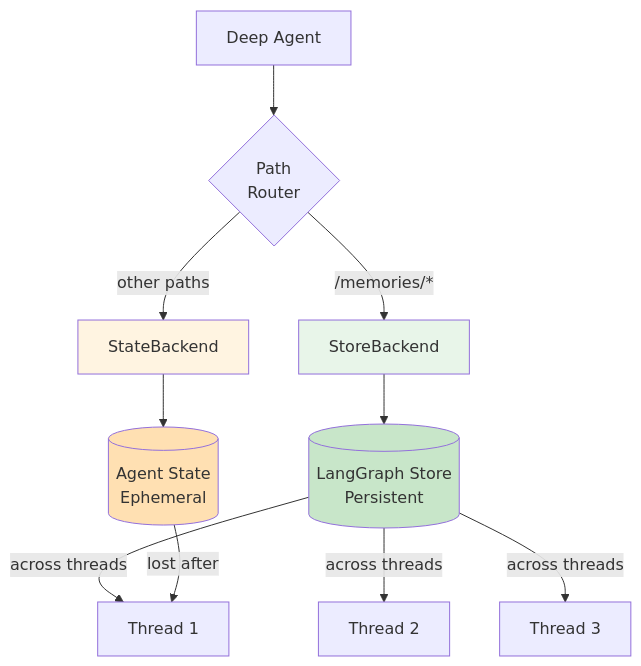
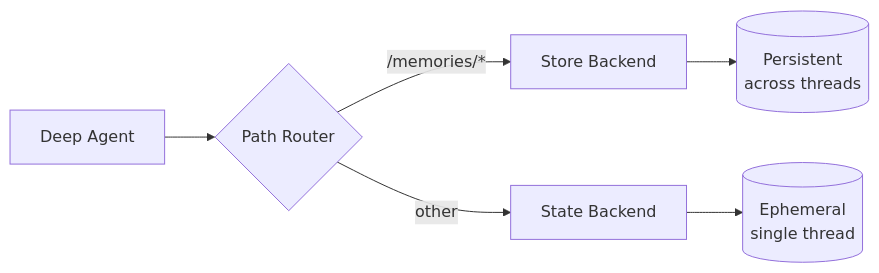
The diagram in src/oss/deepagents/long-term-memory.mdx (langchain-ai/docs), drawn with Mermaid before and after one commit. The commit also changed 6 other files, not shown here.

````diff
--- a/src/oss/deepagents/long-term-memory.mdx
+++ b/src/oss/deepagents/long-term-memory.mdx
@@ -10,21 +10,10 @@
 ```mermaid
-graph TB
-    Agent[Deep Agent] --> Route{Path<br/>Router}
+graph LR
+    Agent[Deep Agent] --> Router{Path Router}
 
-    Route --> |/memories/*| Store[StoreBackend]
-    Route --> |other paths| State[StateBackend]
+    Router --> |/memories/*| Store[Store Backend]
+    Router --> |other| State[State Backend]
 
-    Store --> Persist[(LangGraph Store<br/>Persistent)]
-    State --> Ephemeral[(Agent State<br/>Ephemeral)]
-
-    Persist --> |across threads| Thread1[Thread 1]
-    Persist --> |across threads| Thread2[Thread 2]
-    Persist --> |across threads| Thread3[Thread 3]
-
-    Ephemeral --> |lost after| Thread1
-
-    style Store fill:#e8f5e9
-    style Persist fill:#c8e6c9
-    style State fill:#fff4e1
-    style Ephemeral fill:#ffe0b2
+    Store --> Persist[(Persistent<br/>across threads)]
+    State --> Ephemeral[(Ephemeral<br/>single thread)]
 ```
````
